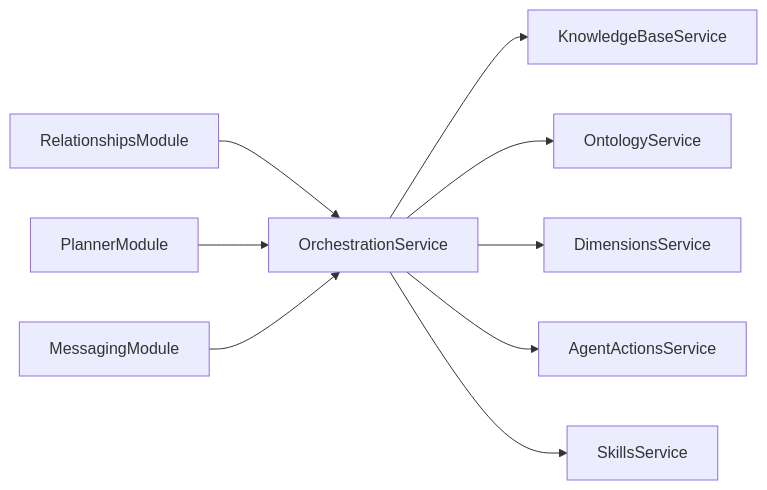
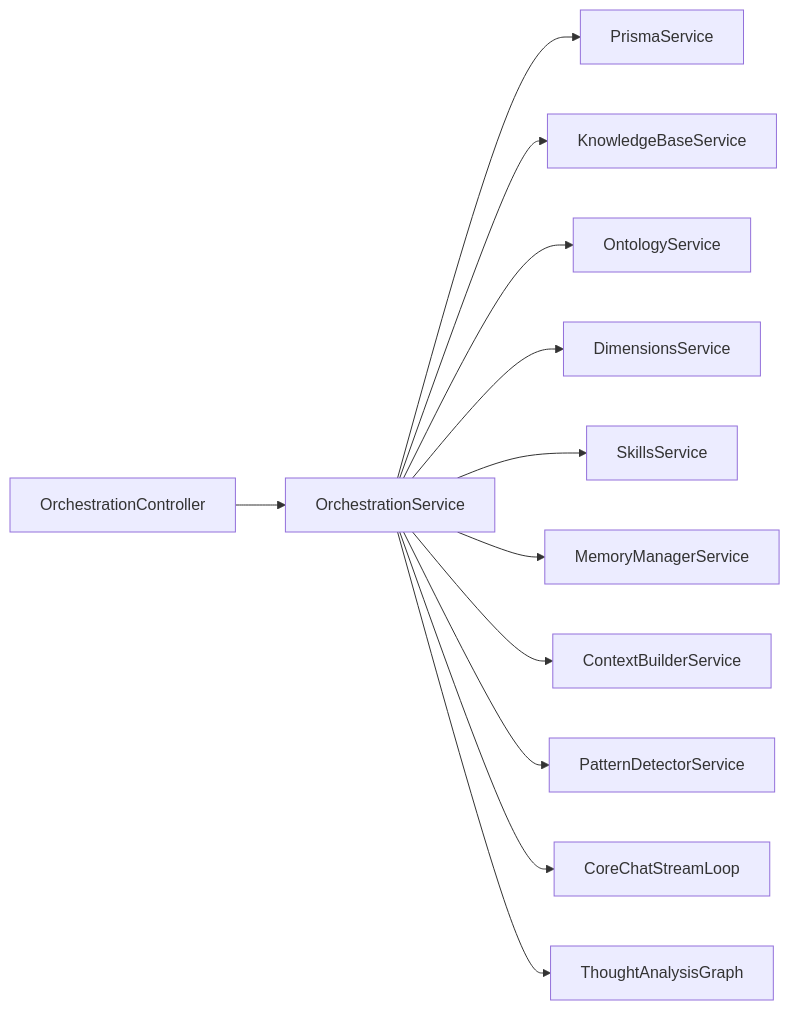
One commit to statgod6/4ever changed the eighth of 8 diagrams in .qoder/repowiki/en/content/Core Features/Core Features.md. Above: the diagram before and after it, drawn with Mermaid. The commit also changed other lines of this file and 116 other files, not shown here.

````diff
--- a/.qoder/repowiki/en/content/Core Features/Core Features.md
+++ b/.qoder/repowiki/en/content/Core Features/Core Features.md
@@ -383,11 +344,14 @@
 ```mermaid
 graph LR
-Orchestration["OrchestrationService"] --> KB["KnowledgeBaseService"]
-Orchestration --> Ont["OntologyService"]
-Orchestration --> Dim["DimensionsService"]
-Orchestration --> Agent["AgentActionsService"]
-Orchestration --> Skills["SkillsService"]
-Relationships["RelationshipsModule"] --> Orchestration
-Planner["PlannerModule"] --> Orchestration
-Messaging["MessagingModule"] --> Orchestration
+OC["OrchestrationController"] --> OS["OrchestrationService"]
+OS --> PRISMA["PrismaService"]
+OS --> KB["KnowledgeBaseService"]
+OS --> ONTO["OntologyService"]
+OS --> DIM["DimensionsService"]
+OS --> SK["SkillsService"]
+OS --> MM["MemoryManagerService"]
+OS --> CB["ContextBuilderService"]
+OS --> PD["PatternDetectorService"]
+OS --> CORELOOP["CoreChatStreamLoop"]
+OS --> THOUGHTGRAPH["ThoughtAnalysisGraph"]
 ```
````
